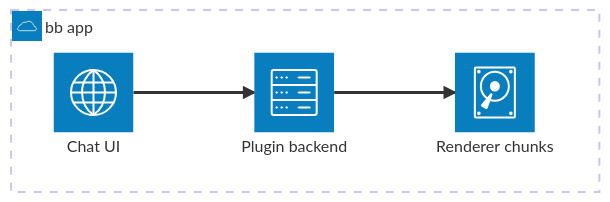
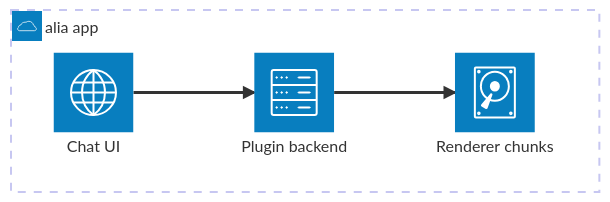
One commit to Vesnalia/vesnalia-plugins changed diagram 13 of 18 in plugins/agentic-mermaid/gallery.md. Above: the diagram before and after it, drawn with Mermaid. The commit also changed other lines of this file and 13306 other files, not shown here.

````diff
--- a/plugins/agentic-mermaid/gallery.md
+++ b/plugins/agentic-mermaid/gallery.md
@@ -197,9 +197,9 @@
 ```mermaid
 architecture-beta
-  group bb(cloud)[bb app]
-  service ui(internet)[Chat UI] in bb
-  service plugin(server)[Plugin backend] in bb
-  service disk(disk)[Renderer chunks] in bb
+  group alia(cloud)[alia app]
+  service ui(internet)[Chat UI] in alia
+  service plugin(server)[Plugin backend] in alia
+  service disk(disk)[Renderer chunks] in alia
   ui:R --> L:plugin
   plugin:R --> L:disk
 ```
````
